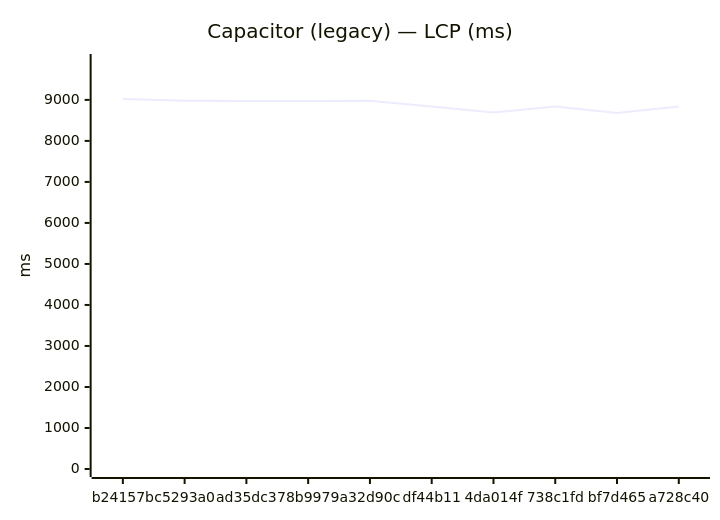
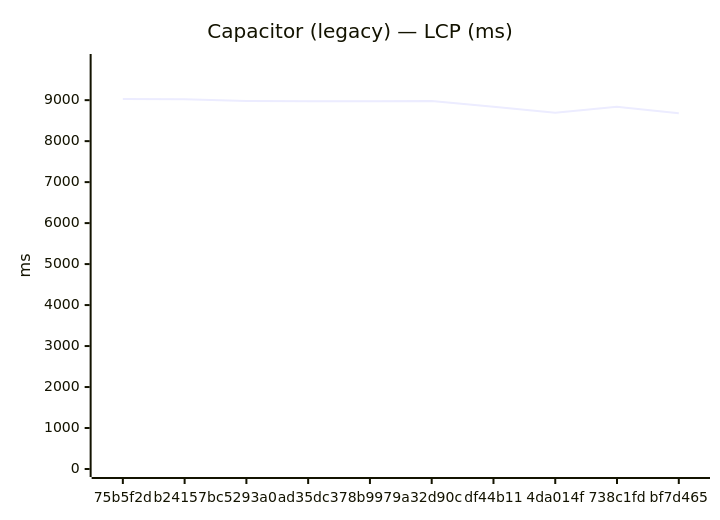
Before and after one commit to Metaheurist/Rianell: the fifth of 24 diagrams in benchmarks/compare.md, drawn with Mermaid. The commit also changed other lines of this file and 14 other files, not shown here.

````diff
--- a/benchmarks/compare.md
+++ b/benchmarks/compare.md
@@ -84,7 +84,7 @@
 ```mermaid
 xychart-beta
     title "Capacitor (legacy) — LCP (ms)"
-    x-axis ["b24157b", "c5293a0", "ad35dc3", "78b9979", "a32d90c", "df44b11", "4da014f", "738c1fd", "bf7d465", "a728c40"]
-    y-axis "ms" 0 --> 9924
-    line [9021, 8982, 8976, 8972, 8979, 8838, 8693, 8838, 8681, 8837]
+    x-axis ["75b5f2d", "b24157b", "c5293a0", "ad35dc3", "78b9979", "a32d90c", "df44b11", "4da014f", "738c1fd", "bf7d465"]
+    y-axis "ms" 0 --> 9931
+    line [9028, 9021, 8982, 8976, 8972, 8979, 8838, 8693, 8838, 8681]
 ```
````
